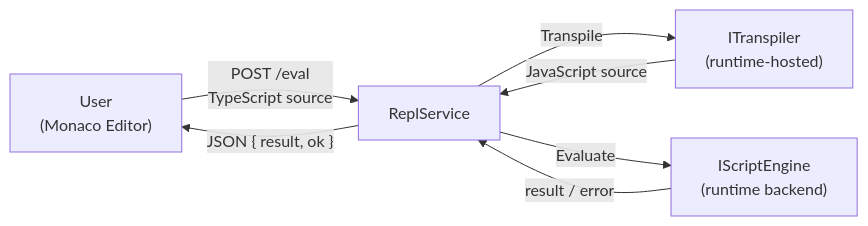
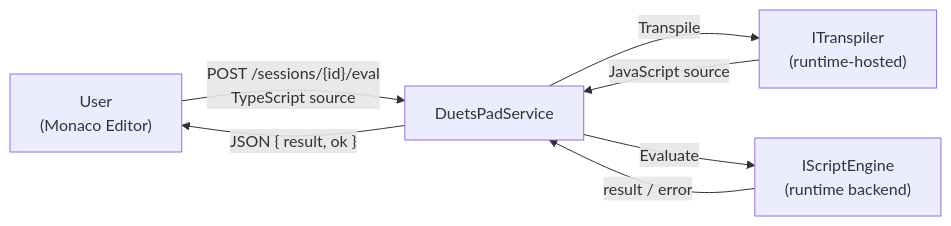
The first of 2 diagrams in docs/architecture.md (takeshik/Duets), drawn with Mermaid before and after one commit. The commit also changed other lines of this file and 15 other files, not shown here.

First line of the commit message:
Consolidate DuetsPad documentation and decision records

````diff
--- a/docs/architecture.md
+++ b/docs/architecture.md
@@ -70,14 +70,14 @@
 ```mermaid
 flowchart LR
     U["User\n(Monaco Editor)"]
-    RS[ReplService]
+    PS[DuetsPadService]
     TS["ITranspiler\n(runtime-hosted)"]
     SE["IScriptEngine\n(runtime backend)"]
 
-    U -->|"POST /eval\nTypeScript source"| RS
-    RS -->|Transpile| TS
-    TS -->|JavaScript source| RS
-    RS -->|Evaluate| SE
-    SE -->|result / error| RS
-    RS -->|"JSON { result, ok }"| U
+    U -->|"POST /sessions/{id}/eval\nTypeScript source"| PS
+    PS -->|Transpile| TS
+    TS -->|JavaScript source| PS
+    PS -->|Evaluate| SE
+    SE -->|result / error| PS
+    PS -->|"JSON { result, ok }"| U
 ```
````
